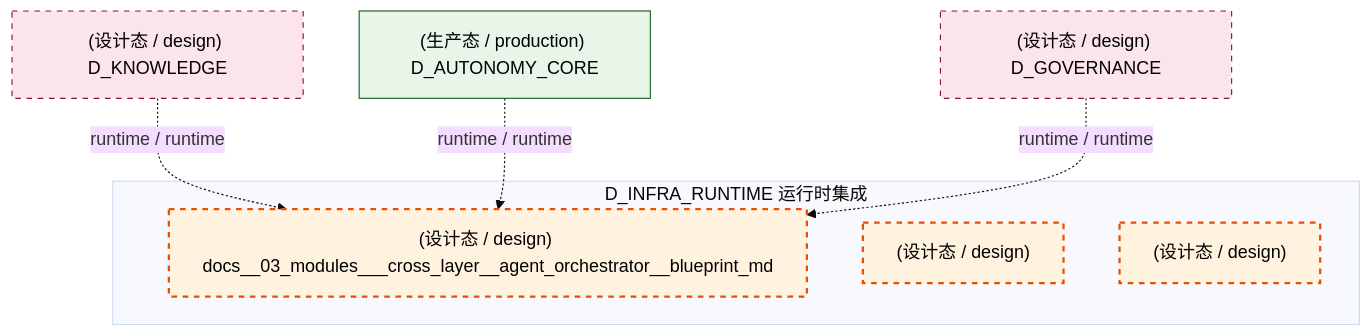
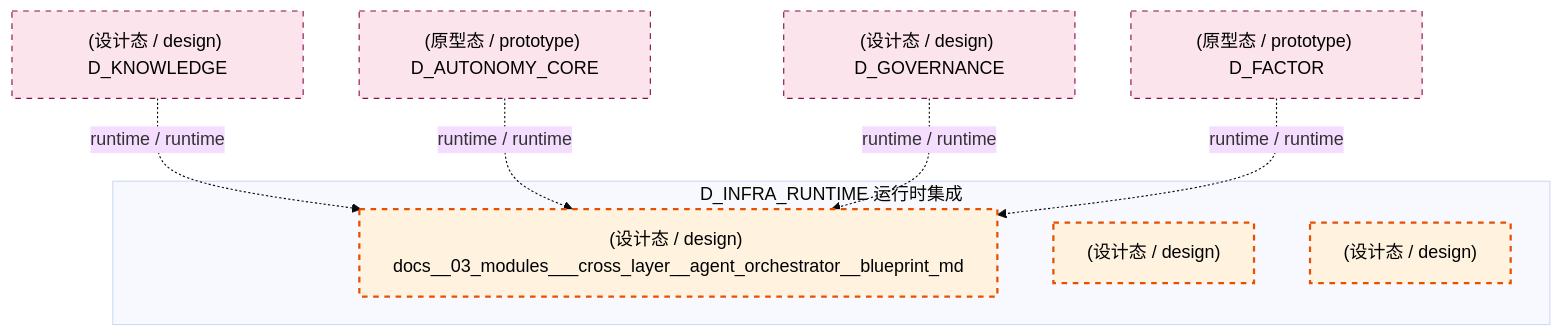
The seventh of 9 diagrams in docs/02_enterprise_architecture/02_domain_architecture_docs/04_d_infra_runtime.md (xuanFelixVan/ZephyrAlpha), drawn with Mermaid (base theme) before and after one commit. The commit also changed other lines of this file and 85 other files, not shown here.

````diff
--- a/docs/02_enterprise_architecture/02_domain_architecture_docs/04_d_infra_runtime.md
+++ b/docs/02_enterprise_architecture/02_domain_architecture_docs/04_d_infra_runtime.md
@@ -885,21 +886,22 @@
 ```mermaid
 graph TD
     subgraph D_INFRA_RUNTIME["D_INFRA_RUNTIME 运行时集成"]
         docs_03_modules_cross_layer_agent_orchestrator_blueprint_md["(设计态 / design) docs__03_modules___cross_layer__agent_orchestrator__blueprint_md"]
         docs_03_modules_cross_layer_shared_core_contracts_blueprint_md["(设计态 / design) "]
         docs_03_modules_cross_layer_shared_core_shared_infra_blueprint_md["(设计态 / design) "]
     end
     D_KNOWLEDGE["(设计态 / design) D_KNOWLEDGE"]
     D_KNOWLEDGE -.->|runtime / runtime| docs_03_modules_cross_layer_agent_orchestrator_blueprint_md
-    D_AUTONOMY_CORE["(生产态 / production) D_AUTONOMY_CORE"]
+    D_AUTONOMY_CORE["(原型态 / prototype) D_AUTONOMY_CORE"]
     D_AUTONOMY_CORE -.->|runtime / runtime| docs_03_modules_cross_layer_agent_orchestrator_blueprint_md
     D_GOVERNANCE["(设计态 / design) D_GOVERNANCE"]
     D_GOVERNANCE -.->|runtime / runtime| docs_03_modules_cross_layer_agent_orchestrator_blueprint_md
+    D_FACTOR["(原型态 / prototype) D_FACTOR"]
+    D_FACTOR -.->|runtime / runtime| docs_03_modules_cross_layer_agent_orchestrator_blueprint_md
     classDef production fill:#e1f5fe,stroke:#01579b,stroke-width:2px,color:#000
     classDef design fill:#fff3e0,stroke:#e65100,stroke-width:2px,color:#000,stroke-dasharray: 5 5
     classDef external_prod fill:#e8f5e9,stroke:#1b5e20,stroke-width:1px,color:#000
     classDef external_design fill:#fce4ec,stroke:#880e4f,stroke-width:1px,color:#000,stroke-dasharray: 5 5
     class docs_03_modules_cross_layer_agent_orchestrator_blueprint_md,docs_03_modules_cross_layer_shared_core_contracts_blueprint_md,docs_03_modules_cross_layer_shared_core_shared_infra_blueprint_md design
-    class D_AUTONOMY_CORE external_prod
-    class D_KNOWLEDGE,D_GOVERNANCE external_design
+    class D_KNOWLEDGE,D_AUTONOMY_CORE,D_GOVERNANCE,D_FACTOR external_design
 ```
````
